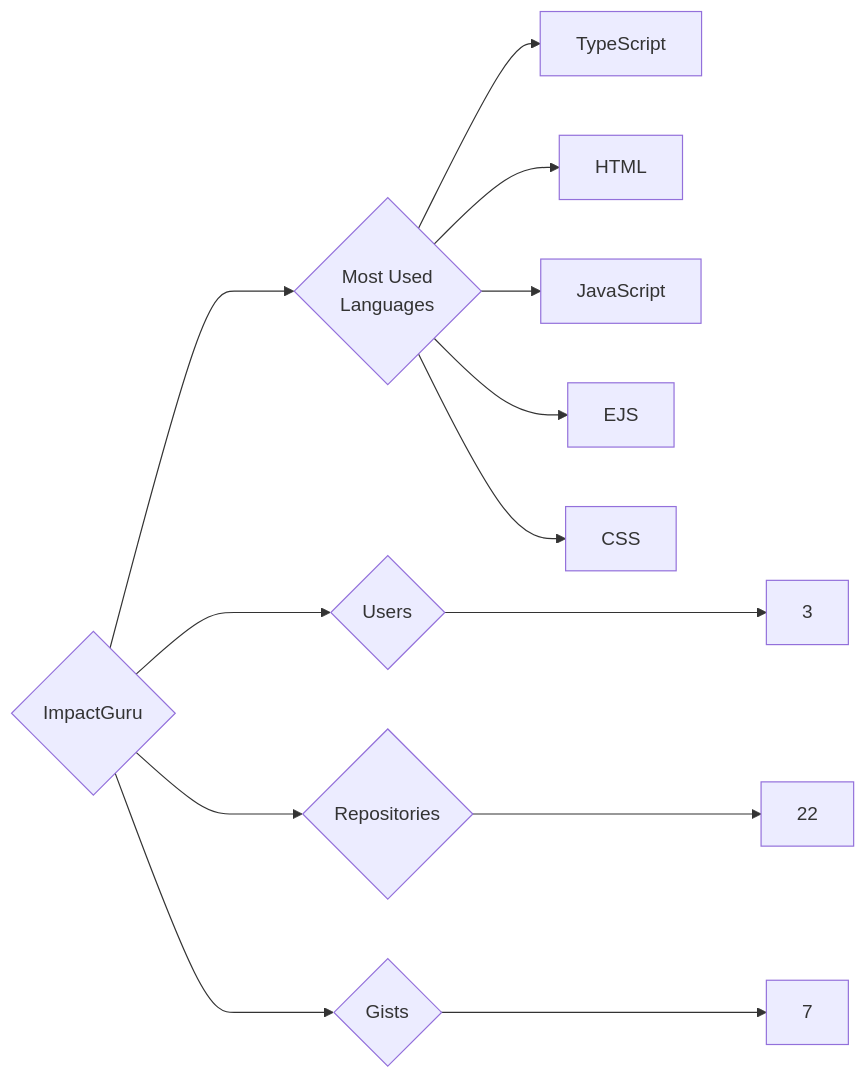
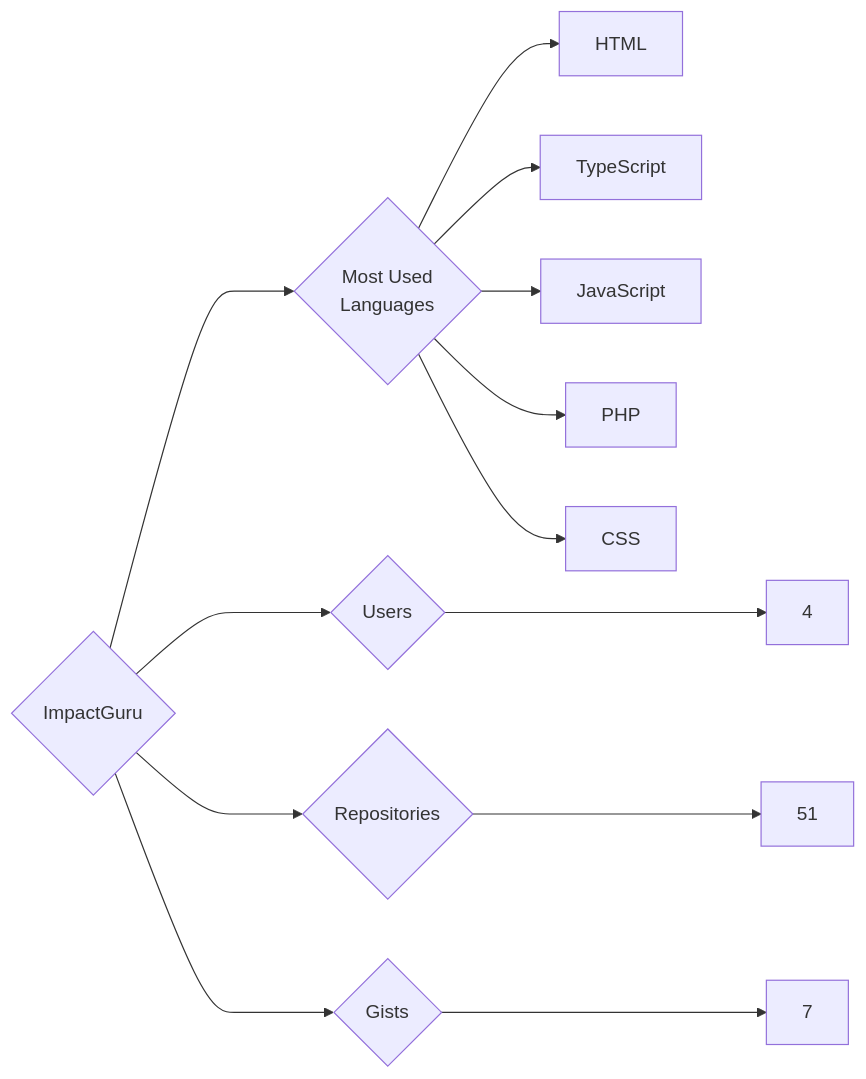
The diagram in targets/ImpactGuru/README.md (trickest/insiders), drawn with Mermaid before and after one commit. The commit also changed 840 other files, not shown here.

````diff
--- a/targets/ImpactGuru/README.md
+++ b/targets/ImpactGuru/README.md
@@ -3,13 +3,13 @@
 ```mermaid
 graph LR
 COMPANY_NAME{ImpactGuru}
-COMPANY_NAME ---> U{Users} ---> UN[3]
-COMPANY_NAME ---> R{Repositories} ---> RN[22]
+COMPANY_NAME ---> U{Users} ---> UN[4]
+COMPANY_NAME ---> R{Repositories} ---> RN[51]
 COMPANY_NAME ---> G{Gists} ---> GN[7]
 COMPANY_NAME ---> ML{Most Used<br>Languages}
+ML --> HTML[HTML]
 ML --> TypeScript[TypeScript]
-ML --> HTML[HTML]
 ML --> JavaScript[JavaScript]
-ML --> EJS[EJS]
+ML --> PHP[PHP]
 ML --> CSS[CSS]
 ```
````
